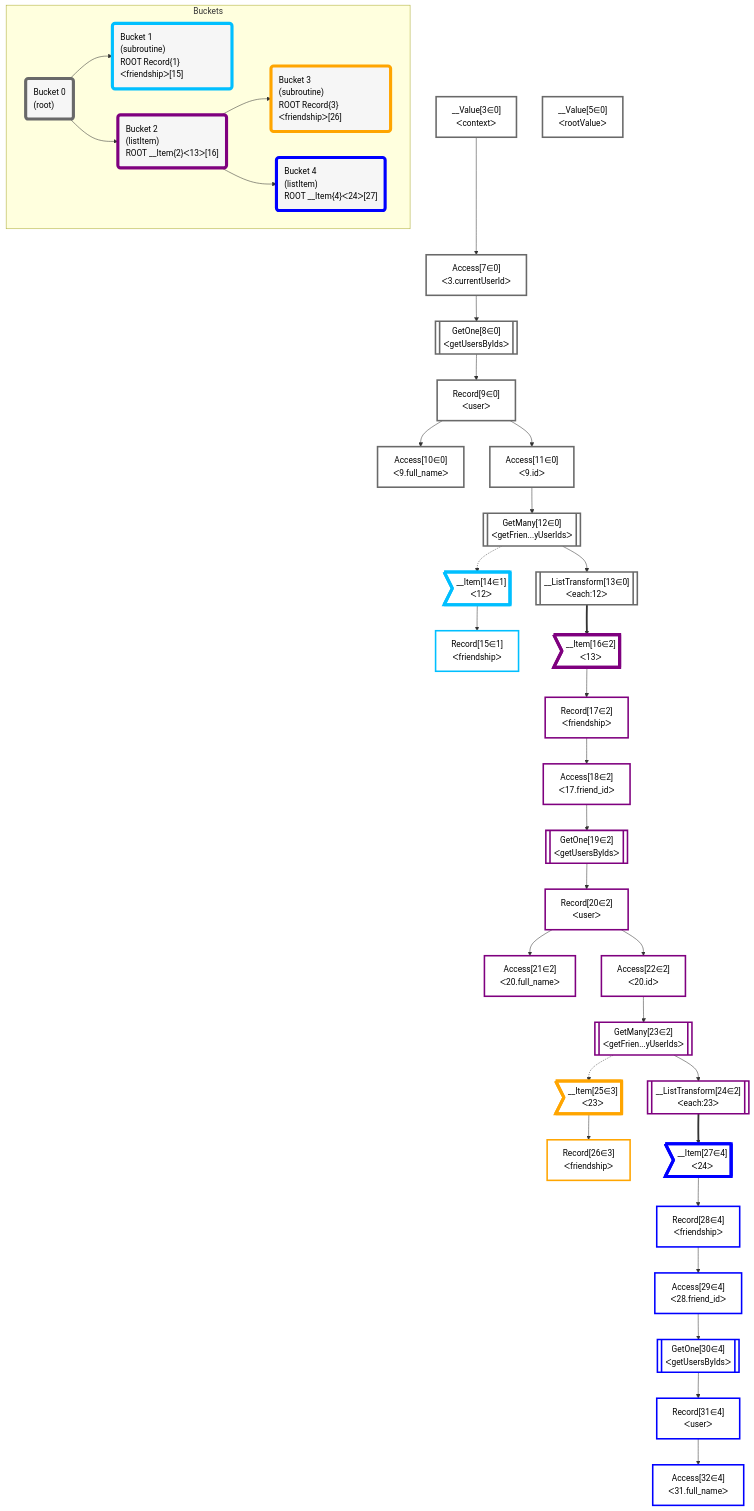
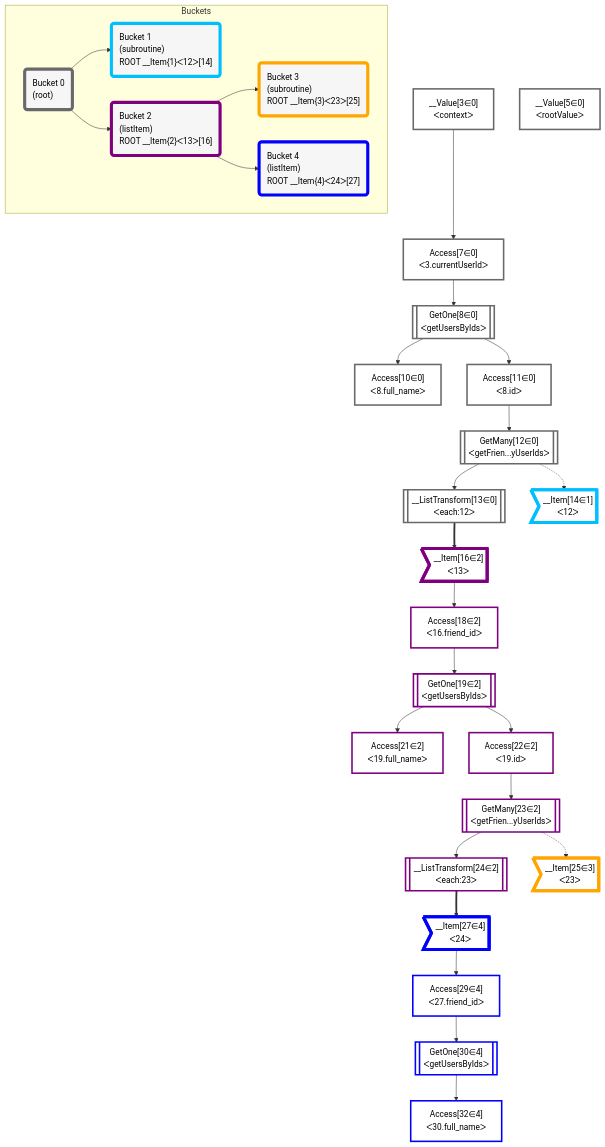
The diagram in grafast/website/examples/users-and-friends/plan.mermaid (graphile/crystal), drawn with Mermaid before and after one commit. The commit also changed 1 other file, not shown here.

Commit message:
Optimize record away

```diff
--- a/grafast/website/examples/users-and-friends/plan.mermaid
+++ b/grafast/website/examples/users-and-friends/plan.mermaid
@@ -1,85 +1,71 @@
 flowchart TD
     classDef path fill:#eee,stroke:#000,color:#000
     classDef plan fill:#fff,stroke-width:3px,color:#000
     classDef itemplan fill:#fff,stroke-width:6px,color:#000
     classDef sideeffectplan fill:#f00,stroke-width:6px,color:#000
     classDef bucket fill:#f6f6f6,color:#000,stroke-width:6px,text-align:left
 
 
     %% define steps
     __Value3["__Value[3∈0]<br />ᐸcontextᐳ"]:::plan
     __Value5["__Value[5∈0]<br />ᐸrootValueᐳ"]:::plan
     Access7["Access[7∈0]<br />ᐸ3.currentUserIdᐳ"]:::plan
     GetOne8[["GetOne[8∈0]<br />ᐸgetUsersByIdsᐳ"]]:::plan
-    Record9["Record[9∈0]<br />ᐸuserᐳ"]:::plan
-    Access10["Access[10∈0]<br />ᐸ9.full_nameᐳ"]:::plan
-    Access11["Access[11∈0]<br />ᐸ9.idᐳ"]:::plan
+    Access10["Access[10∈0]<br />ᐸ8.full_nameᐳ"]:::plan
+    Access11["Access[11∈0]<br />ᐸ8.idᐳ"]:::plan
     GetMany12[["GetMany[12∈0]<br />ᐸgetFrien...yUserIdsᐳ"]]:::plan
     __ListTransform13[["__ListTransform[13∈0]<br />ᐸeach:12ᐳ"]]:::plan
     __Item14>"__Item[14∈1]<br />ᐸ12ᐳ"]:::itemplan
-    Record15["Record[15∈1]<br />ᐸfriendshipᐳ"]:::plan
     __Item16>"__Item[16∈2]<br />ᐸ13ᐳ"]:::itemplan
-    Record17["Record[17∈2]<br />ᐸfriendshipᐳ"]:::plan
-    Access18["Access[18∈2]<br />ᐸ17.friend_idᐳ"]:::plan
+    Access18["Access[18∈2]<br />ᐸ16.friend_idᐳ"]:::plan
     GetOne19[["GetOne[19∈2]<br />ᐸgetUsersByIdsᐳ"]]:::plan
-    Record20["Record[20∈2]<br />ᐸuserᐳ"]:::plan
-    Access21["Access[21∈2]<br />ᐸ20.full_nameᐳ"]:::plan
-    Access22["Access[22∈2]<br />ᐸ20.idᐳ"]:::plan
+    Access21["Access[21∈2]<br />ᐸ19.full_nameᐳ"]:::plan
+    Access22["Access[22∈2]<br />ᐸ19.idᐳ"]:::plan
     GetMany23[["GetMany[23∈2]<br />ᐸgetFrien...yUserIdsᐳ"]]:::plan
     __ListTransform24[["__ListTransform[24∈2]<br />ᐸeach:23ᐳ"]]:::plan
     __Item25>"__Item[25∈3]<br />ᐸ23ᐳ"]:::itemplan
-    Record26["Record[26∈3]<br />ᐸfriendshipᐳ"]:::plan
     __Item27>"__Item[27∈4]<br />ᐸ24ᐳ"]:::itemplan
-    Record28["Record[28∈4]<br />ᐸfriendshipᐳ"]:::plan
-    Access29["Access[29∈4]<br />ᐸ28.friend_idᐳ"]:::plan
+    Access29["Access[29∈4]<br />ᐸ27.friend_idᐳ"]:::plan
     GetOne30[["GetOne[30∈4]<br />ᐸgetUsersByIdsᐳ"]]:::plan
-    Record31["Record[31∈4]<br />ᐸuserᐳ"]:::plan
-    Access32["Access[32∈4]<br />ᐸ31.full_nameᐳ"]:::plan
+    Access32["Access[32∈4]<br />ᐸ30.full_nameᐳ"]:::plan
 
     %% plan dependencies
     __Value3 --> Access7
     Access7 --> GetOne8
-    GetOne8 --> Record9
-    Record9 --> Access10
-    Record9 --> Access11
+    GetOne8 --> Access10
+    GetOne8 --> Access11
     Access11 --> GetMany12
     GetMany12 --> __ListTransform13
     GetMany12 -.-> __Item14
-    __Item14 --> Record15
     __ListTransform13 ==> __Item16
-    __Item16 --> Record17
-    Record17 --> Access18
+    __Item16 --> Access18
     Access18 --> GetOne19
-    GetOne19 --> Record20
-    Record20 --> Access21
-    Record20 --> Access22
+    GetOne19 --> Access21
+    GetOne19 --> Access22
     Access22 --> GetMany23
     GetMany23 --> __ListTransform24
     GetMany23 -.-> __Item25
-    __Item25 --> Record26
     __ListTransform24 ==> __Item27
-    __Item27 --> Record28
-    Record28 --> Access29
+    __Item27 --> Access29
     Access29 --> GetOne30
-    GetOne30 --> Record31
-    Record31 --> Access32
+    GetOne30 --> Access32
 
     subgraph Buckets
     Bucket0("Bucket 0<br />(root)"):::bucket
     classDef bucket0 stroke:#696969
-    class Bucket0,__Value3,__Value5,Access7,GetOne8,Record9,Access10,Access11,GetMany12,__ListTransform13 bucket0
-    Bucket1("Bucket 1<br />(subroutine)<br />ROOT Record{1}ᐸfriendshipᐳ[15]"):::bucket
+    class Bucket0,__Value3,__Value5,Access7,GetOne8,Access10,Access11,GetMany12,__ListTransform13 bucket0
+    Bucket1("Bucket 1<br />(subroutine)<br />ROOT __Item{1}ᐸ12ᐳ[14]"):::bucket
     classDef bucket1 stroke:#00bfff
-    class Bucket1,__Item14,Record15 bucket1
+    class Bucket1,__Item14 bucket1
     Bucket2("Bucket 2<br />(listItem)<br />ROOT __Item{2}ᐸ13ᐳ[16]"):::bucket
     classDef bucket2 stroke:#7f007f
-    class Bucket2,__Item16,Record17,Access18,GetOne19,Record20,Access21,Access22,GetMany23,__ListTransform24 bucket2
-    Bucket3("Bucket 3<br />(subroutine)<br />ROOT Record{3}ᐸfriendshipᐳ[26]"):::bucket
+    class Bucket2,__Item16,Access18,GetOne19,Access21,Access22,GetMany23,__ListTransform24 bucket2
+    Bucket3("Bucket 3<br />(subroutine)<br />ROOT __Item{3}ᐸ23ᐳ[25]"):::bucket
     classDef bucket3 stroke:#ffa500
-    class Bucket3,__Item25,Record26 bucket3
+    class Bucket3,__Item25 bucket3
     Bucket4("Bucket 4<br />(listItem)<br />ROOT __Item{4}ᐸ24ᐳ[27]"):::bucket
     classDef bucket4 stroke:#0000ff
-    class Bucket4,__Item27,Record28,Access29,GetOne30,Record31,Access32 bucket4
+    class Bucket4,__Item27,Access29,GetOne30,Access32 bucket4
     Bucket0 --> Bucket1 & Bucket2
     Bucket2 --> Bucket3 & Bucket4
     end
```
